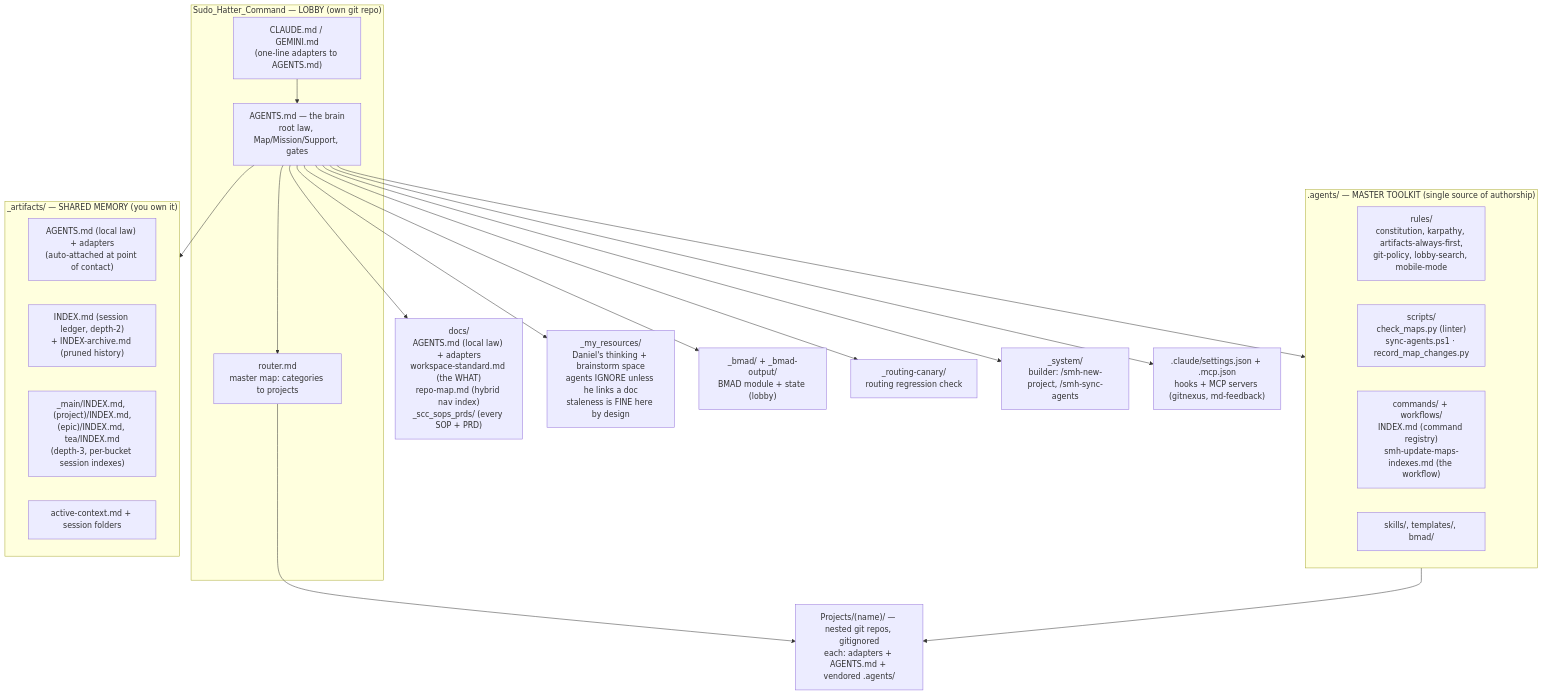
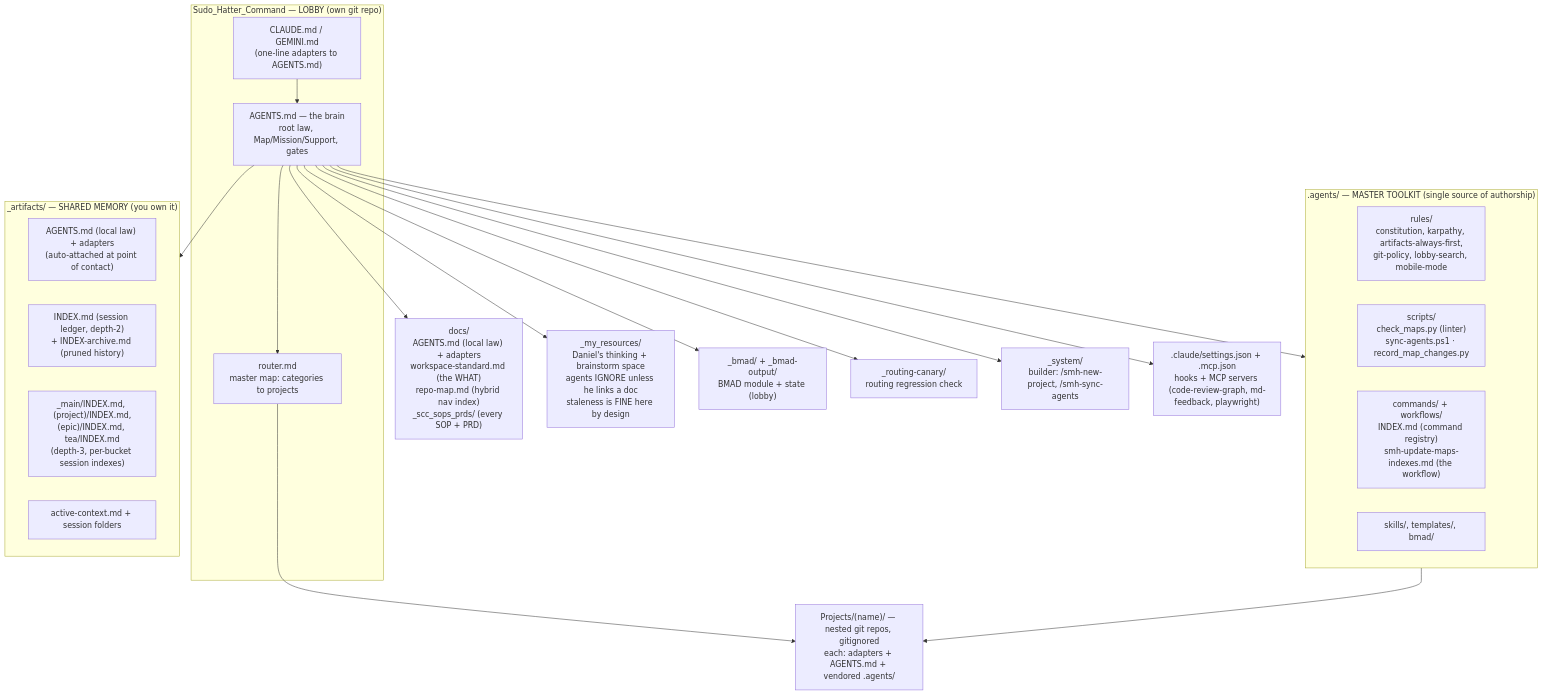
One commit to sudomadhatter/Sudo_Hatter_Command changed the first of 6 diagrams in docs/_scc_sops_prds/file_folder_structure+maintaining.md. Above: the diagram before and after it, drawn with Mermaid. The commit also changed other lines of this file and 32 other files, not shown here.

````diff
--- a/docs/_scc_sops_prds/file_folder_structure+maintaining.md
+++ b/docs/_scc_sops_prds/file_folder_structure+maintaining.md
@@ -30,43 +30,43 @@
 ```mermaid
 flowchart TD
     subgraph LOBBY ["Sudo_Hatter_Command — LOBBY (own git repo)"]
         ADP["CLAUDE.md / GEMINI.md\n(one-line adapters to AGENTS.md)"]
         BRAIN["AGENTS.md — the brain\nroot law, Map/Mission/Support, gates"]
         ROUTER["router.md\nmaster map: categories to projects"]
         ADP --> BRAIN
         BRAIN --> ROUTER
     end
 
     subgraph TOOLKIT [".agents/ — MASTER TOOLKIT (single source of authorship)"]
         RULES["rules/\nconstitution, karpathy, artifacts-always-first,\ngit-policy, lobby-search, mobile-mode"]
         SCRIPTS["scripts/\ncheck_maps.py (linter)\nsync-agents.ps1 · record_map_changes.py"]
         CMDS["commands/ + workflows/\nINDEX.md (command registry)\nsmh-update-maps-indexes.md (the workflow)"]
         OTHER["skills/, templates/, bmad/"]
     end
 
     subgraph MEM ["_artifacts/ — SHARED MEMORY (you own it)"]
         LAW["AGENTS.md (local law) + adapters\n(auto-attached at point of contact)"]
         INDEX["INDEX.md (session ledger, depth-2)\n+ INDEX-archive.md (pruned history)"]
         DEPTH3["_main/INDEX.md, (project)/INDEX.md,\n(epic)/INDEX.md, tea/INDEX.md\n(depth-3, per-bucket session indexes)"]
         STORE["active-context.md + session folders"]
     end
 
     DOCS["docs/\nAGENTS.md (local law) + adapters\nworkspace-standard.md (the WHAT)\nrepo-map.md (hybrid nav index)\n_scc_sops_prds/ (every SOP + PRD)"]
     MYRES["_my_resources/\nDaniel's thinking + brainstorm space\nagents IGNORE unless he links a doc\nstaleness is FINE here by design"]
     BMADL["_bmad/ + _bmad-output/\nBMAD module + state (lobby)"]
     CANARY["_routing-canary/\nrouting regression check"]
     SYS["_system/\nbuilder: /smh-new-project, /smh-sync-agents"]
-    SETTINGS[".claude/settings.json + .mcp.json\nhooks + MCP servers (gitnexus, md-feedback)"]
+    SETTINGS[".claude/settings.json + .mcp.json\nhooks + MCP servers (code-review-graph, md-feedback, playwright)"]
     PROJ["Projects/(name)/ — nested git repos, gitignored\neach: adapters + AGENTS.md + vendored .agents/"]
 
     BRAIN --> TOOLKIT
     BRAIN --> MEM
     BRAIN --> DOCS
     BRAIN --> MYRES
     BRAIN --> BMADL
     BRAIN --> CANARY
     BRAIN --> SYS
     BRAIN --> SETTINGS
     ROUTER --> PROJ
     TOOLKIT --> PROJ
 ```
````
